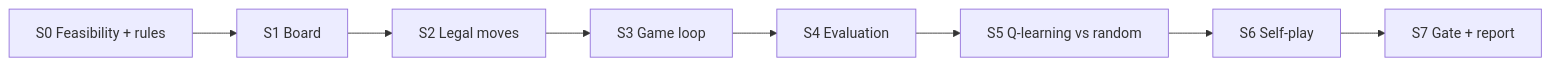
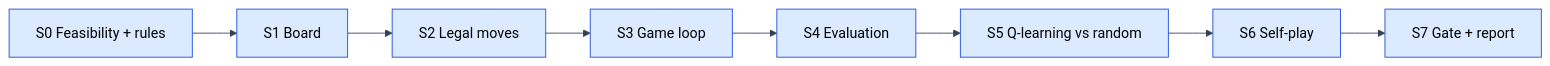
The diagram in docs/plan.md (till75/RLCheckers), drawn with Mermaid before and after one commit. The commit also changed 4 other files, not shown here.

First line of the commit message:
docs: force black Mermaid labels across figures

````diff
--- a/docs/plan.md
+++ b/docs/plan.md
@@ -48,10 +48,14 @@
 ```mermaid
+%%{init: {"theme": "base", "themeVariables": {"darkMode": false, "primaryTextColor": "#000000", "secondaryTextColor": "#000000", "tertiaryTextColor": "#000000", "textColor": "#000000", "lineColor": "#334155", "edgeLabelBackground": "#ffffff", "clusterBkg": "#f8fafc", "clusterBorder": "#94a3b8"}}}%%
 flowchart LR
-    S0[S0 Feasibility + rules] --> S1[S1 Board]
-    S1 --> S2[S2 Legal moves]
-    S2 --> S3[S3 Game loop]
-    S3 --> S4[S4 Evaluation]
-    S4 --> S5[S5 Q-learning vs random]
-    S5 --> S6[S6 Self-play]
-    S6 --> S7[S7 Gate + report]
+    S0["<span style='color:#000000'>S0 Feasibility + rules</span>"] --> S1["<span style='color:#000000'>S1 Board</span>"]
+    S1 --> S2["<span style='color:#000000'>S2 Legal moves</span>"]
+    S2 --> S3["<span style='color:#000000'>S3 Game loop</span>"]
+    S3 --> S4["<span style='color:#000000'>S4 Evaluation</span>"]
+    S4 --> S5["<span style='color:#000000'>S5 Q-learning vs random</span>"]
+    S5 --> S6["<span style='color:#000000'>S6 Self-play</span>"]
+    S6 --> S7["<span style='color:#000000'>S7 Gate + report</span>"]
+
+    classDef stage fill:#dbeafe,stroke:#1d4ed8,color:#000000
+    class S0,S1,S2,S3,S4,S5,S6,S7 stage
 ```
````
